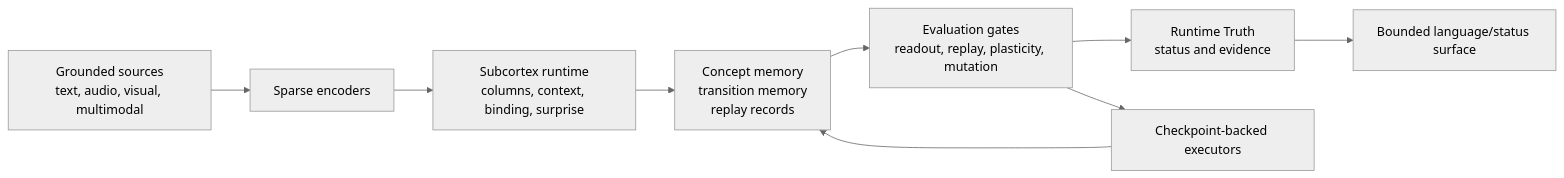
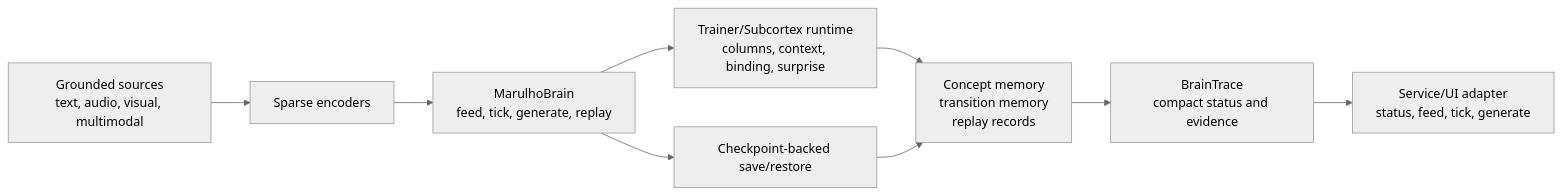
The first of 2 diagrams in README.md (Tuafo/MARULHO), drawn with Mermaid (neutral theme) before and after one commit. The commit also changed other lines of this file and 221 other files, not shown here.

Commit message:
Install MarulhoBrain runtime spine

````diff
--- a/README.md
+++ b/README.md
@@ -23,11 +39,11 @@
 ```mermaid
 flowchart LR
     Sources["Grounded sources<br/>text, audio, visual, multimodal"] --> Encoders["Sparse encoders"]
-    Encoders --> Subcortex["Subcortex runtime<br/>columns, context, binding, surprise"]
+    Encoders --> Brain["MarulhoBrain<br/>feed, tick, generate, replay"]
+    Brain --> Subcortex["Trainer/Subcortex runtime<br/>columns, context, binding, surprise"]
     Subcortex --> Memory["Concept memory<br/>transition memory<br/>replay records"]
-    Memory --> Gates["Evaluation gates<br/>readout, replay, plasticity, mutation"]
-    Gates --> Truth["Runtime Truth<br/>status and evidence"]
-    Truth --> Surface["Bounded language/status surface"]
-    Gates --> Checkpoints["Checkpoint-backed executors"]
+    Memory --> Trace["BrainTrace<br/>compact status and evidence"]
+    Trace --> Surface["Service/UI adapter<br/>status, feed, tick, generate"]
+    Brain --> Checkpoints["Checkpoint-backed save/restore"]
     Checkpoints --> Memory
 ```
````
